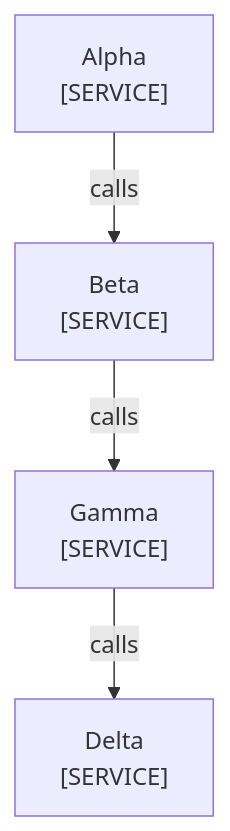
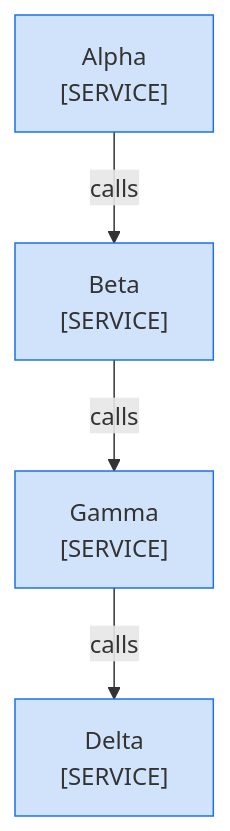
The diagram in skills/docsmith/scripts/fixtures/bad/edge-a.md (choonchernlim/skills), drawn with Mermaid before and after one commit. The commit also changed other lines of this file and 47 other files, not shown here.

First line of the commit message:
feat(docsmith): require owner colors, sequence owner bands, and docs domain folders

````diff
--- a/skills/docsmith/scripts/fixtures/bad/edge-a.md
+++ b/skills/docsmith/scripts/fixtures/bad/edge-a.md
@@ -12,10 +12,13 @@
 ```mermaid
 graph TD
   Alpha["Alpha<br/>[SERVICE]"]
   Beta["Beta<br/>[SERVICE]"]
   Gamma["Gamma<br/>[SERVICE]"]
   Delta["Delta<br/>[SERVICE]"]
   Alpha -->|"calls"| Beta
   Beta -->|"calls"| Gamma
   Gamma -->|"calls"| Delta
+
+  class Alpha,Beta,Gamma,Delta own
+  classDef own fill:#1a73e833,stroke:#1a73e8
 ```
````
